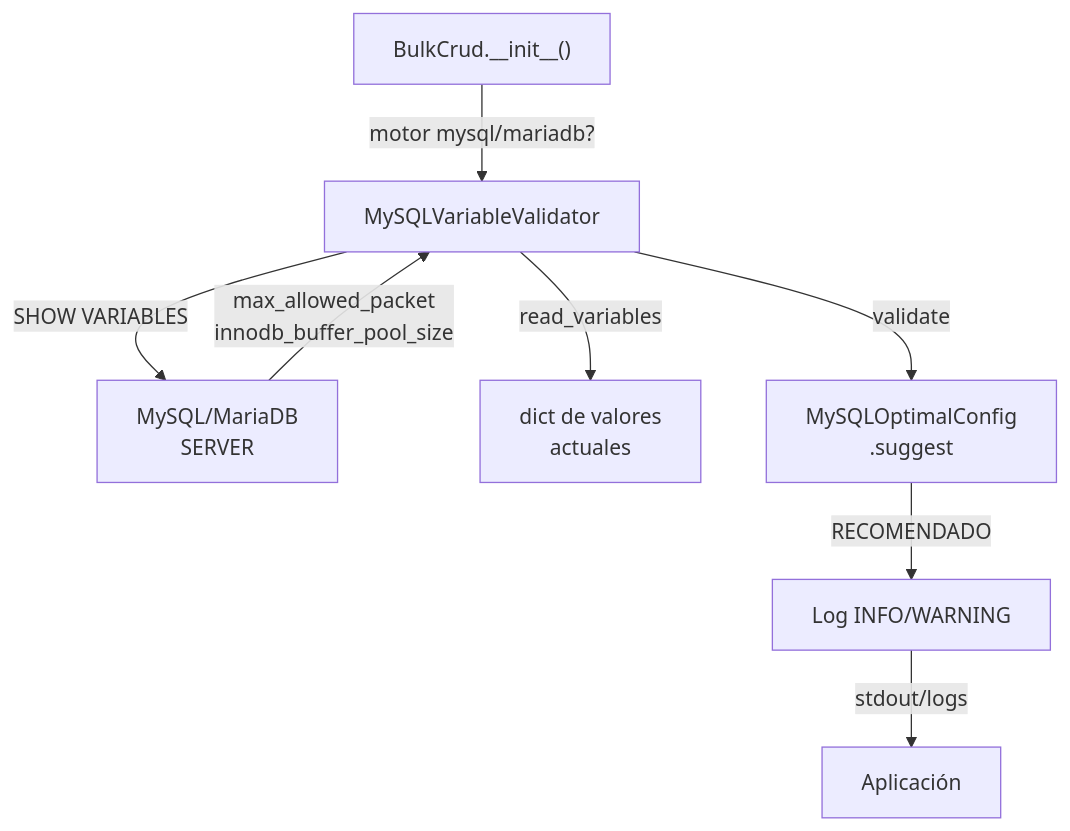
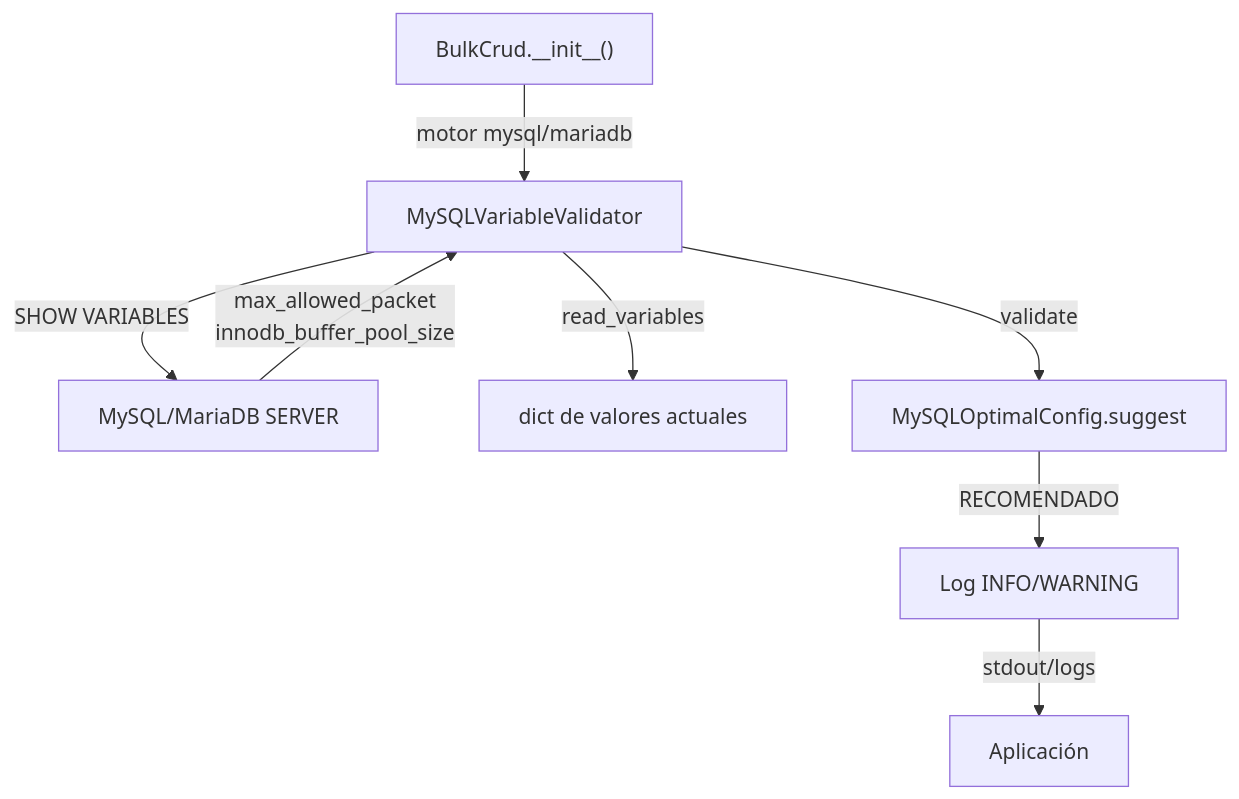
Before and after one commit to fmanza/util_bbdd: the diagram in docs/api/mysql-variables.md, drawn with Mermaid. The commit also changed other lines of this file and 117 other files, not shown here.

````diff
--- a/docs/api/mysql-variables.md
+++ b/docs/api/mysql-variables.md
@@ -18,10 +7,10 @@
 ```mermaid
 flowchart TD
-    A["BulkCrud.__init__()"] -->|motor mysql/mariadb?| B["MySQLVariableValidator"]
-    B -->|SHOW VARIABLES| C["MySQL/MariaDB\nSERVER"]
+    A["BulkCrud.__init__()"] -->|motor mysql/mariadb| B["MySQLVariableValidator"]
+    B -->|SHOW VARIABLES| C["MySQL/MariaDB SERVER"]
     C -->|max_allowed_packet\ninnodb_buffer_pool_size| B
-    B -->|read_variables| D["dict de valores\nactuales"]
-    B -->|validate| E["MySQLOptimalConfig\n.suggest"]
+    B -->|read_variables| D["dict de valores actuales"]
+    B -->|validate| E["MySQLOptimalConfig.suggest"]
     E -->|RECOMENDADO| F["Log INFO/WARNING"]
     F -->|stdout/logs| G["Aplicación"]
 ```
````
